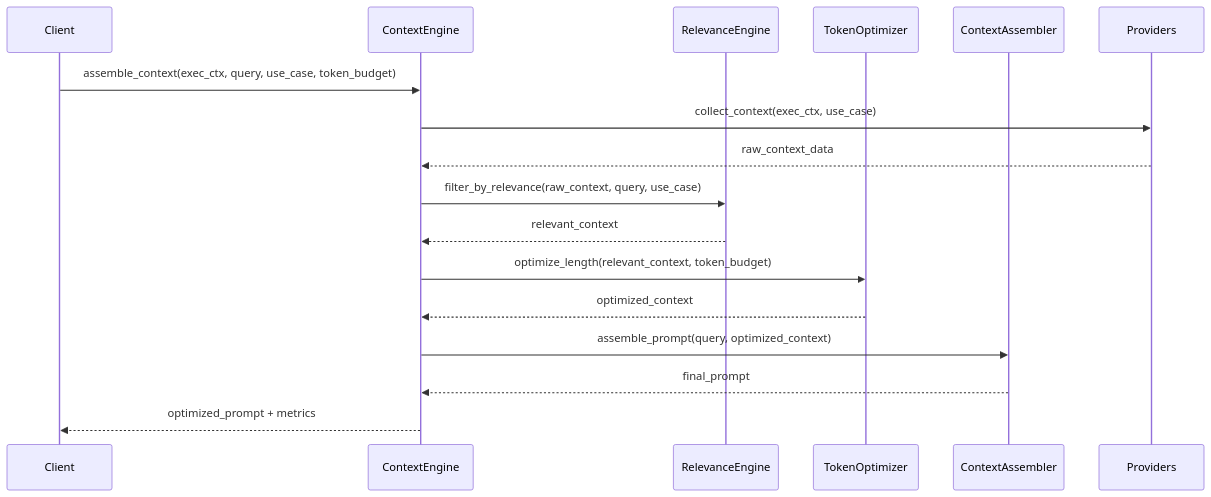
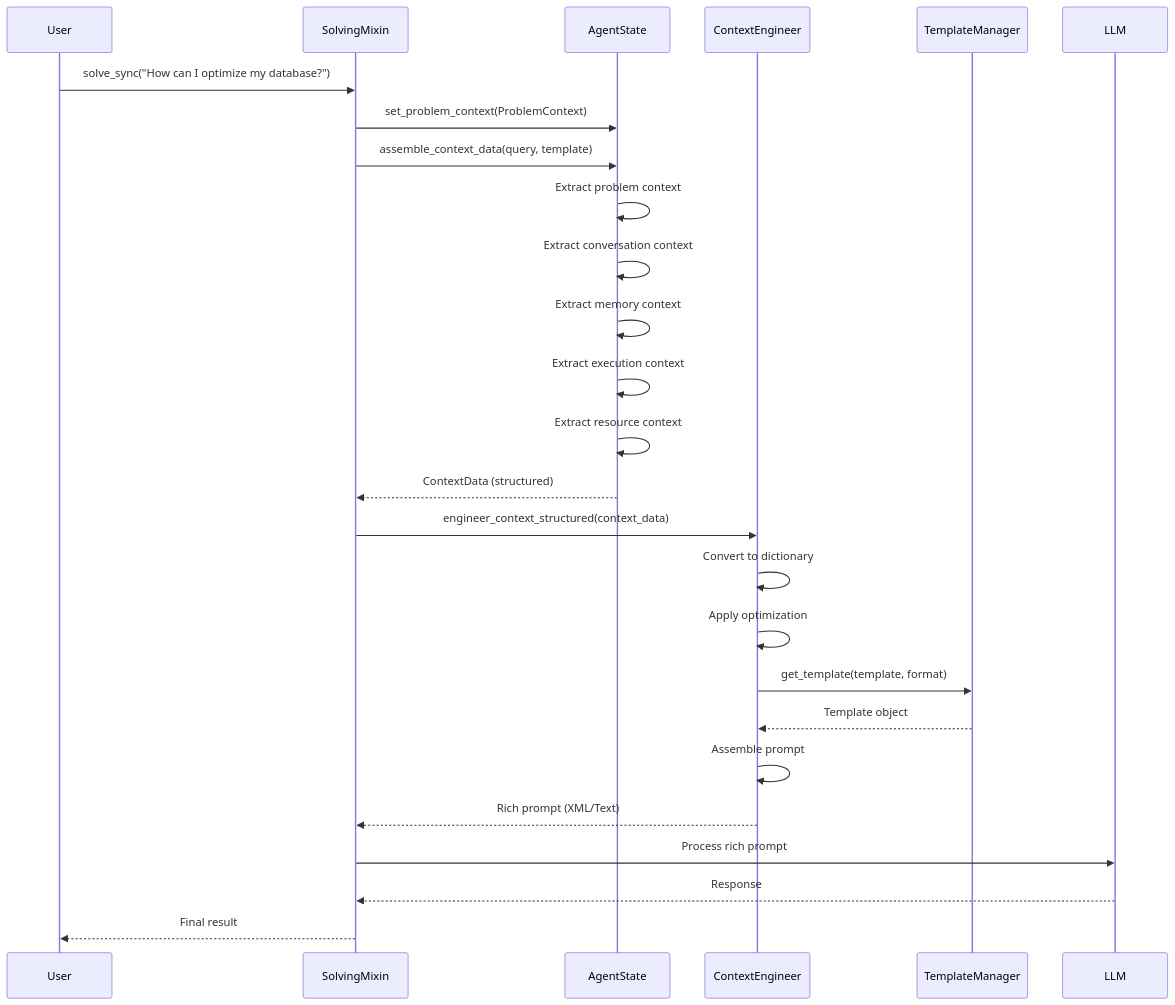
Before and after one commit to aitomatic/dana: the third of 5 diagrams in dana/specs/frameworks/ctxeng/ctxeng.md, drawn with Mermaid. The commit also changed other lines of this file and 14 other files, not shown here.

First line of the commit message:
Update agent solving and context engineering framework

````diff
--- a/dana/specs/frameworks/ctxeng/ctxeng.md
+++ b/dana/specs/frameworks/ctxeng/ctxeng.md
@@ -1211,25 +1307,33 @@
 ```mermaid
 sequenceDiagram
-    participant Client
-    participant ContextEngine
-    participant RelevanceEngine
-    participant TokenOptimizer
-    participant ContextAssembler
-    participant Providers
+    participant User
+    participant SolvingMixin
+    participant AgentState
+    participant ContextEngineer
+    participant TemplateManager
+    participant LLM
     
-    Client->>ContextEngine: assemble_context(exec_ctx, query, use_case, token_budget)
+    User->>SolvingMixin: solve_sync("How can I optimize my database?")
     
-    ContextEngine->>Providers: collect_context(exec_ctx, use_case)
-    Providers-->>ContextEngine: raw_context_data
+    SolvingMixin->>AgentState: set_problem_context(ProblemContext)
+    SolvingMixin->>AgentState: assemble_context_data(query, template)
     
-    ContextEngine->>RelevanceEngine: filter_by_relevance(raw_context, query, use_case)
-    RelevanceEngine-->>ContextEngine: relevant_context
+    AgentState->>AgentState: Extract problem context
+    AgentState->>AgentState: Extract conversation context
+    AgentState->>AgentState: Extract memory context
+    AgentState->>AgentState: Extract execution context
+    AgentState->>AgentState: Extract resource context
+    AgentState-->>SolvingMixin: ContextData (structured)
     
-    ContextEngine->>TokenOptimizer: optimize_length(relevant_context, token_budget)
-    TokenOptimizer-->>ContextEngine: optimized_context
+    SolvingMixin->>ContextEngineer: engineer_context_structured(context_data)
+    ContextEngineer->>ContextEngineer: Convert to dictionary
+    ContextEngineer->>ContextEngineer: Apply optimization
+    ContextEngineer->>TemplateManager: get_template(template, format)
+    TemplateManager-->>ContextEngineer: Template object
+    ContextEngineer->>ContextEngineer: Assemble prompt
+    ContextEngineer-->>SolvingMixin: Rich prompt (XML/Text)
     
-    ContextEngine->>ContextAssembler: assemble_prompt(query, optimized_context)
-    ContextAssembler-->>ContextEngine: final_prompt
-    
-    ContextEngine-->>Client: optimized_prompt + metrics
+    SolvingMixin->>LLM: Process rich prompt
+    LLM-->>SolvingMixin: Response
+    SolvingMixin-->>User: Final result
 ```
````
